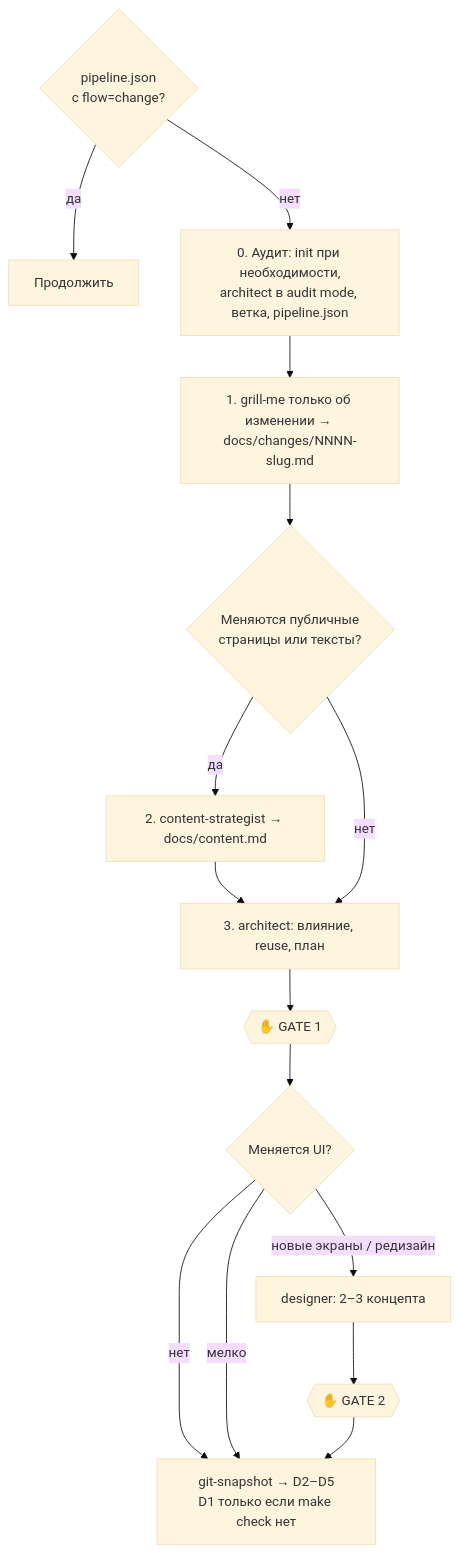
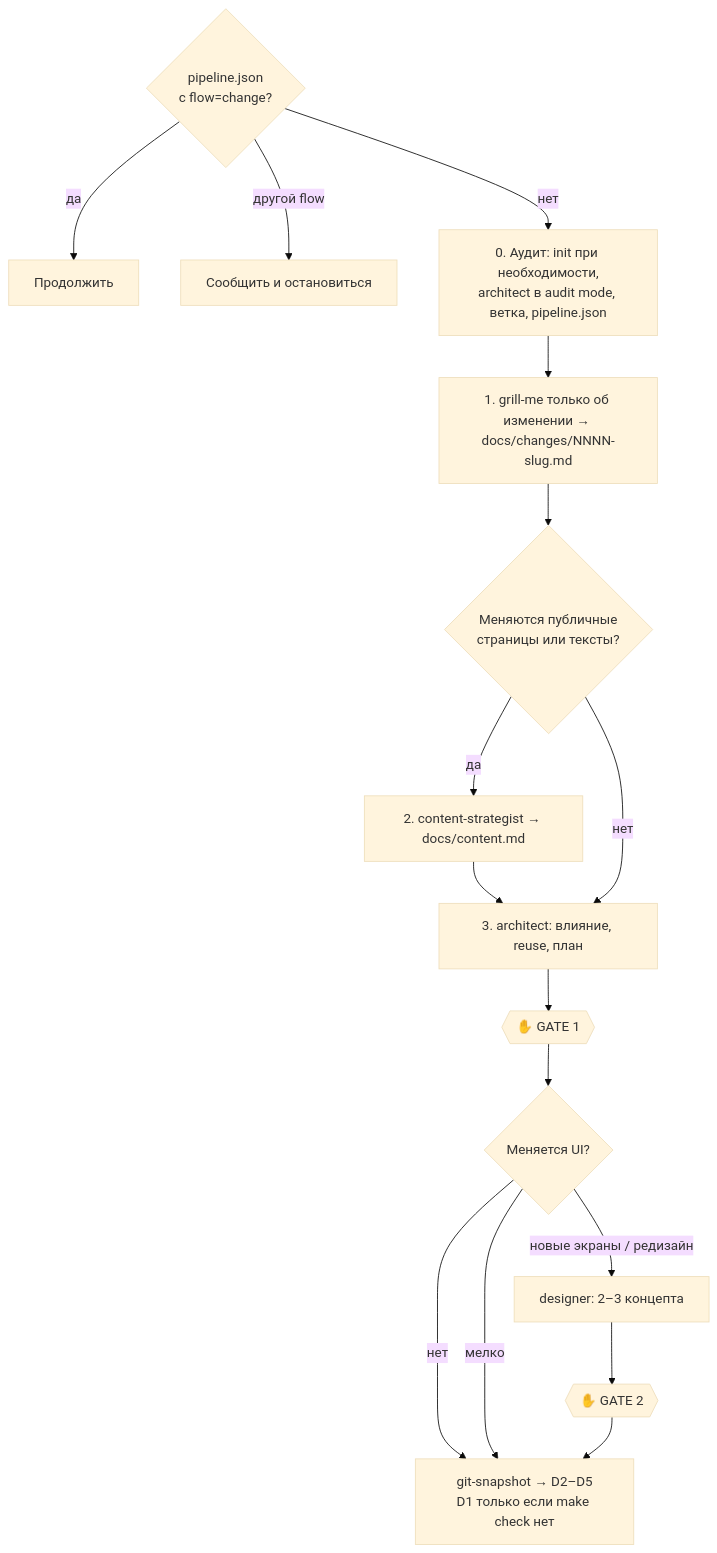
The diagram in src/content/docs/web-pipeline/commands/change.md (nikiquark/ai-plugins), drawn with Mermaid (base theme) before and after one commit. The commit also changed other lines of this file and 63 other files, not shown here.

````diff
--- a/src/content/docs/web-pipeline/commands/change.md
+++ b/src/content/docs/web-pipeline/commands/change.md
@@ -18,15 +18,16 @@
 ```mermaid
 flowchart TB
   R{pipeline.json<br/>с flow=change?} -- да --> RES[Продолжить]
+  R -- другой flow --> STOP[Сообщить и остановиться]
   R -- нет --> A0
   A0[0. Аудит: init при необходимости,<br/>architect в audit mode, ветка, pipeline.json] --> A1
   A1[1. grill-me только об изменении → docs/changes/NNNN-slug.md] --> PUB{Меняются публичные<br/>страницы или тексты?}
   PUB -- да --> A2[2. content-strategist → docs/content.md] --> A3
   PUB -- нет --> A3
   A3[3. architect: влияние, reuse, план] --> G1{{✋ GATE 1}}
   G1 --> UI{Меняется UI?}
   UI -- нет --> D
   UI -- мелко --> D
   UI -- новые экраны / редизайн --> C[designer: 2–3 концепта] --> G2{{✋ GATE 2}} --> D
   D[git-snapshot → D2–D5<br/>D1 только если make check нет]
 ```
````
